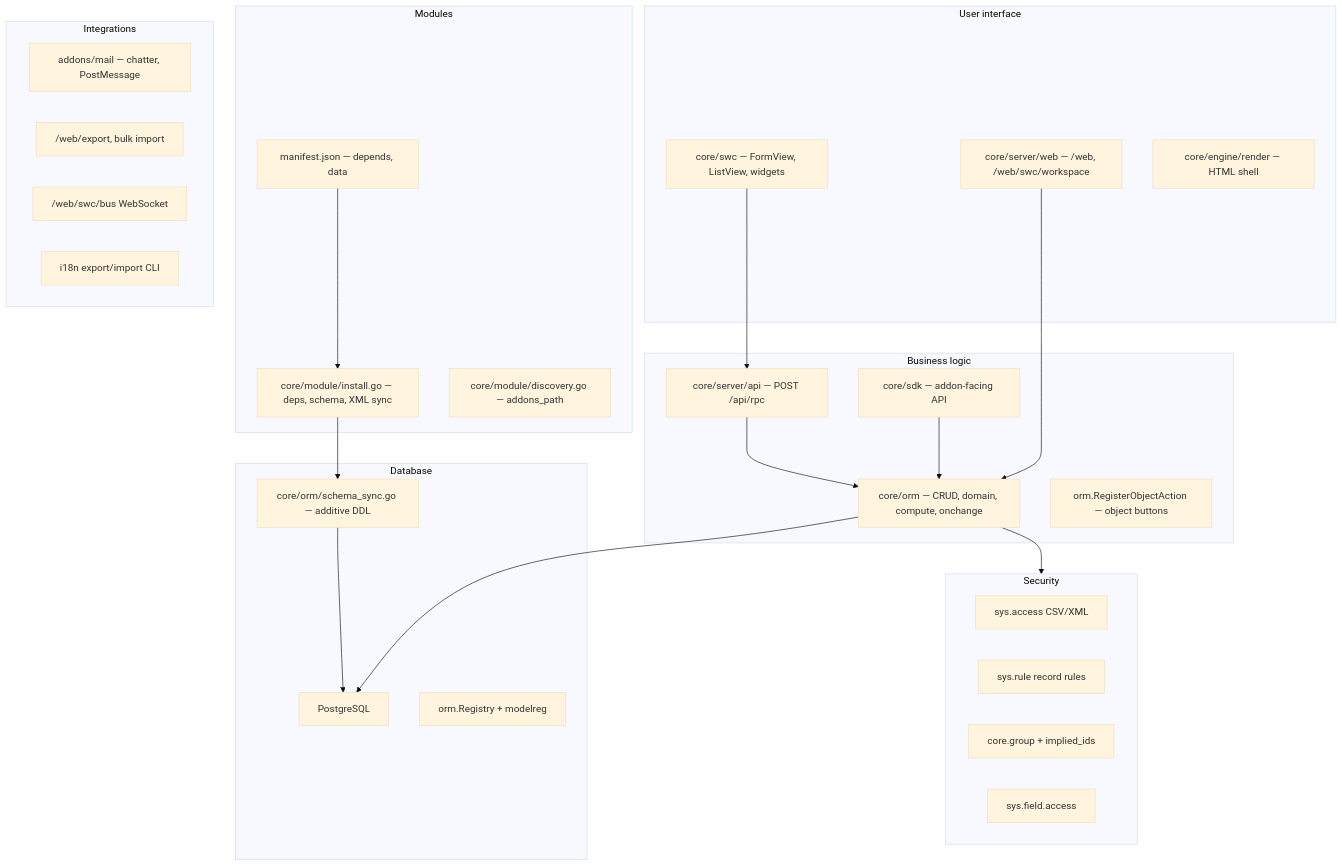
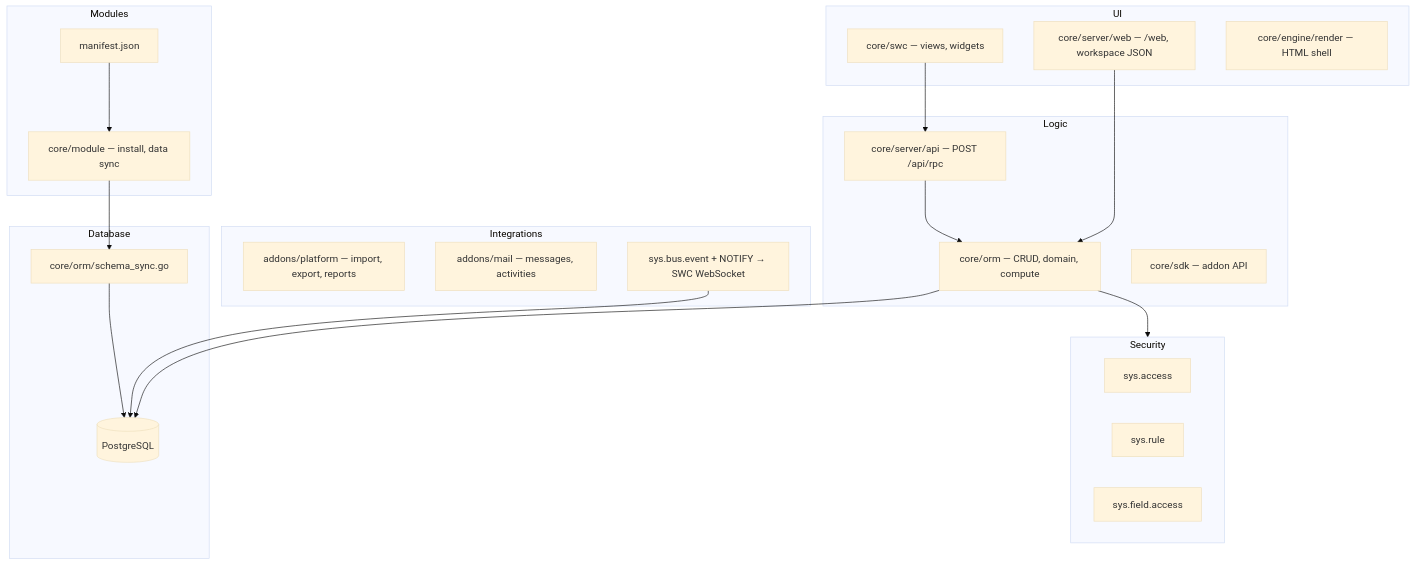
Before and after one commit to ProjectMeru/sumeru: the diagram in docs/architecture-layers.md, drawn with Mermaid (base theme). The commit also changed other lines of this file and 6 other files, not shown here.

````diff
--- a/docs/architecture-layers.md
+++ b/docs/architecture-layers.md
@@ -7,51 +7,46 @@
 ```mermaid
 flowchart TB
-  subgraph ui [User interface]
-    SWC["core/swc — FormView, ListView, widgets"]
-    Web["core/server/web — /web, /web/swc/workspace"]
+  subgraph ui [UI]
+    SWC["core/swc — views, widgets"]
+    Web["core/server/web — /web, workspace JSON"]
     Render["core/engine/render — HTML shell"]
   end
 
-  subgraph logic [Business logic]
+  subgraph logic [Logic]
     RPC["core/server/api — POST /api/rpc"]
-    ORM["core/orm — CRUD, domain, compute, onchange"]
-    SDK["core/sdk — addon-facing API"]
-    Actions["orm.RegisterObjectAction — object buttons"]
+    ORM["core/orm — CRUD, domain, compute"]
+    SDK["core/sdk — addon API"]
   end
 
   subgraph modules [Modules]
-    Manifest["manifest.json — depends, data"]
-    Install["core/module/install.go — deps, schema, XML sync"]
-    Discovery["core/module/discovery.go — addons_path"]
+    Manifest["manifest.json"]
+    Install["core/module — install, data sync"]
   end
 
   subgraph security [Security]
-    ACL["sys.access CSV/XML"]
-    Rules["sys.rule record rules"]
-    Groups["core.group + implied_ids"]
+    ACL["sys.access"]
+    Rules["sys.rule"]
     FieldACL["sys.field.access"]
   end
 
   subgraph integrations [Integrations]
-    Mail["addons/mail — chatter, PostMessage"]
-    Export["/web/export, bulk import"]
-    Bus["/web/swc/bus WebSocket"]
-    I18n["i18n export/import CLI"]
+    Platform["addons/platform — import, export, reports"]
+    Mail["addons/mail — messages, activities"]
+    Bus["sys.bus.event + NOTIFY → SWC WebSocket"]
   end
 
   subgraph db [Database]
-    PG["PostgreSQL"]
-    Schema["core/orm/schema_sync.go — additive DDL"]
-    Registry["orm.Registry + modelreg"]
+    PG[(PostgreSQL)]
+    Schema["core/orm/schema_sync.go"]
   end
 
   SWC --> RPC
   Web --> ORM
   RPC --> ORM
   ORM --> security
   Install --> Schema
   ORM --> PG
   Schema --> PG
-  SDK --> ORM
   Manifest --> Install
+  Bus --> PG
 ```
````
